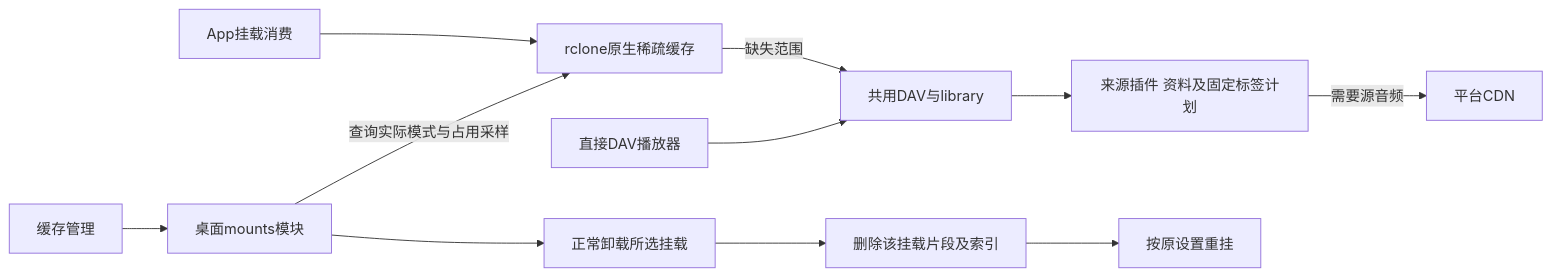
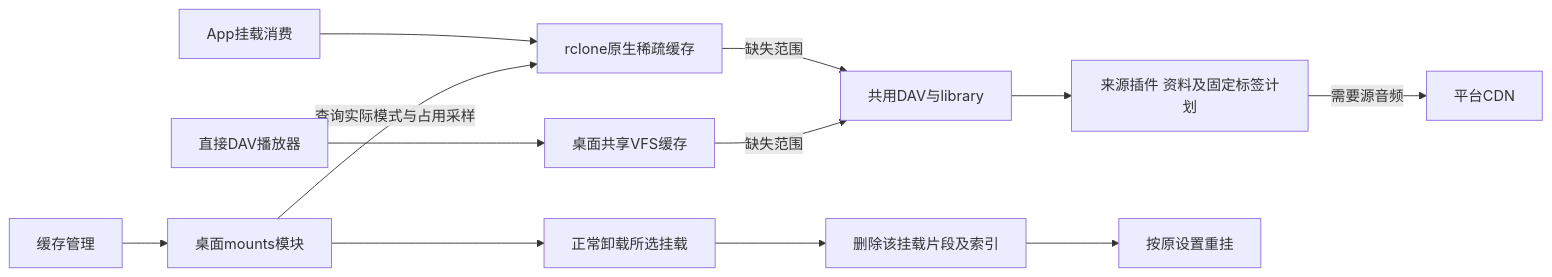
Before and after one commit to shengyusi-SYS/musicfs: the second of 20 diagrams in docs/architecture/diagrams.md, drawn with Mermaid. The commit also changed other lines of this file and 22 other files, not shown here.

````diff
--- a/docs/architecture/diagrams.md
+++ b/docs/architecture/diagrams.md
@@ -25,13 +25,14 @@
 ```mermaid
 flowchart LR
   App[App挂载消费] --> VFS[rclone原生稀疏缓存]
   VFS -->|缺失范围| DAV[共用DAV与library]
-  Direct[直接DAV播放器] --> DAV
+  Direct[直接DAV播放器] --> Shared[桌面共享VFS缓存]
+  Shared -->|缺失范围| DAV
   DAV --> Source[来源插件 资料及固定标签计划]
   Source -->|需要源音频| CDN[平台CDN]
   UI[缓存管理] --> Mounts[桌面mounts模块]
   Mounts -->|查询实际模式与占用采样| VFS
   Mounts --> Stop[正常卸载所选挂载]
   Stop --> Clear[删除该挂载片段及索引]
   Clear --> Remount[按原设置重挂]
 ```
````
